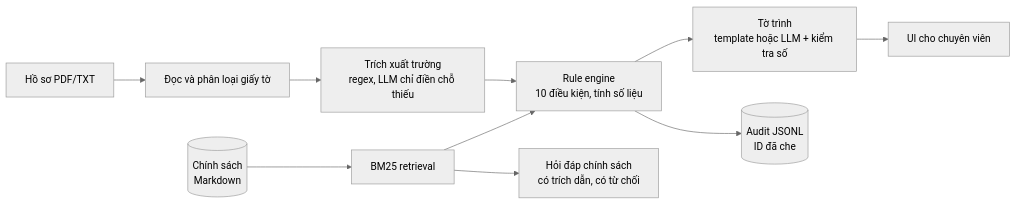
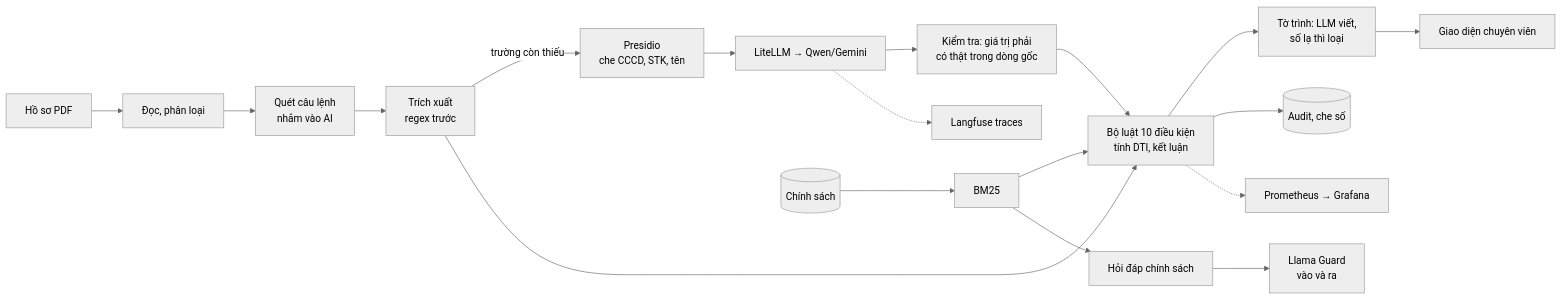
Before and after one commit to ydangishere/dev-projects: the diagram in bank-credit-copilot/README.md, drawn with Mermaid (neutral theme). The commit also changed other lines of this file and 2 other files, not shown here.

````diff
--- a/bank-credit-copilot/README.md
+++ b/bank-credit-copilot/README.md
@@ -22,12 +13,18 @@
 ```mermaid
 flowchart LR
-    A[Hồ sơ PDF/TXT] --> B[Đọc và phân loại giấy tờ]
-    B --> C[Trích xuất trường<br/>regex, LLM chỉ điền chỗ thiếu]
-    C --> D[Rule engine<br/>10 điều kiện, tính số liệu]
-    P[(Chính sách<br/>Markdown)] --> R[BM25 retrieval]
-    R --> D
-    D --> E[Tờ trình<br/>template hoặc LLM + kiểm tra số]
-    E --> F[UI cho chuyên viên]
-    D --> G[(Audit JSONL<br/>ID đã che)]
-    R --> Q[Hỏi đáp chính sách<br/>có trích dẫn, có từ chối]
+    A[Hồ sơ PDF] --> B[Đọc, phân loại]
+    B --> I[Quét câu lệnh<br/>nhắm vào AI]
+    I --> C[Trích xuất<br/>regex trước]
+    C -- trường còn thiếu --> M[Presidio<br/>che CCCD, STK, tên]
+    M --> L[LiteLLM → Qwen/Gemini]
+    L --> V[Kiểm tra: giá trị phải<br/>có thật trong dòng gốc]
+    V --> D[Bộ luật 10 điều kiện<br/>tính DTI, kết luận]
+    C --> D
+    P[(Chính sách)] --> R[BM25] --> D
+    D --> E[Tờ trình: LLM viết,<br/>số lạ thì loại]
+    E --> UI[Giao diện chuyên viên]
+    R --> Q[Hỏi đáp chính sách] --> G[Llama Guard<br/>vào và ra]
+    D --> AU[(Audit, che số)]
+    L -.-> LF[Langfuse traces]
+    D -.-> PR[Prometheus → Grafana]
 ```
````
